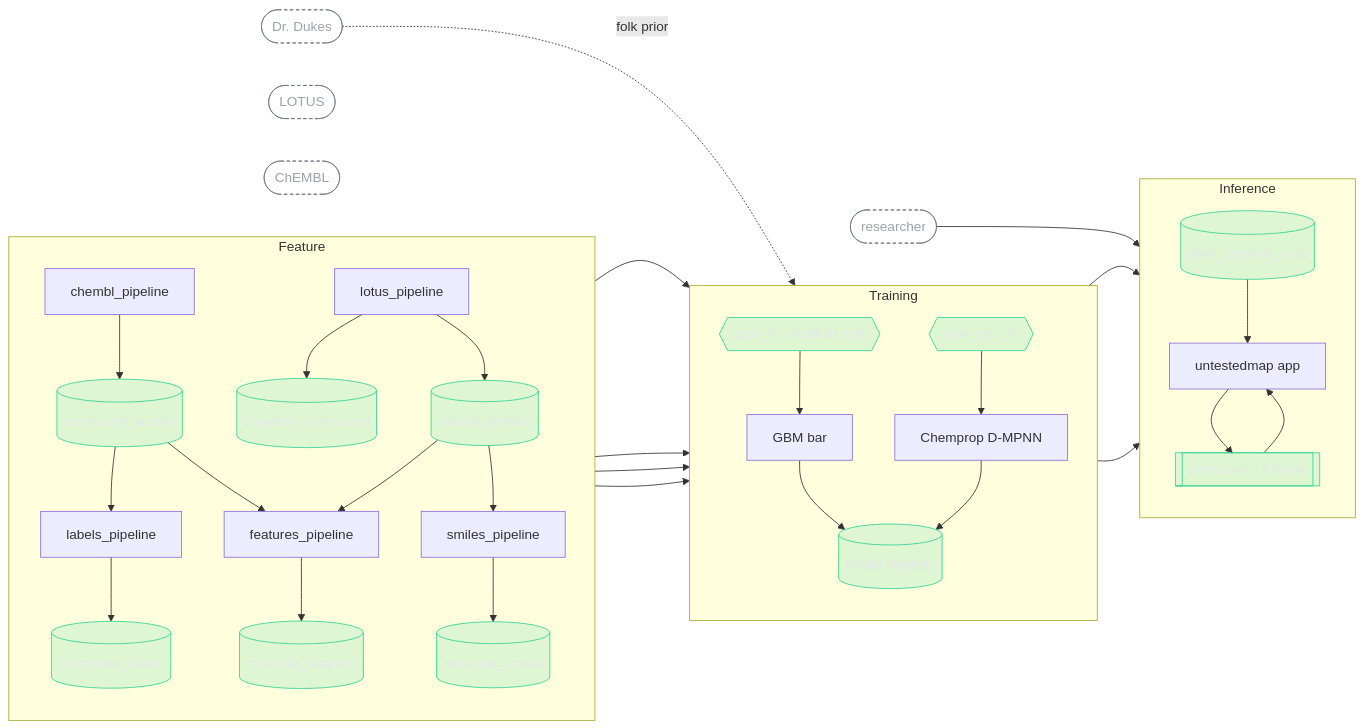
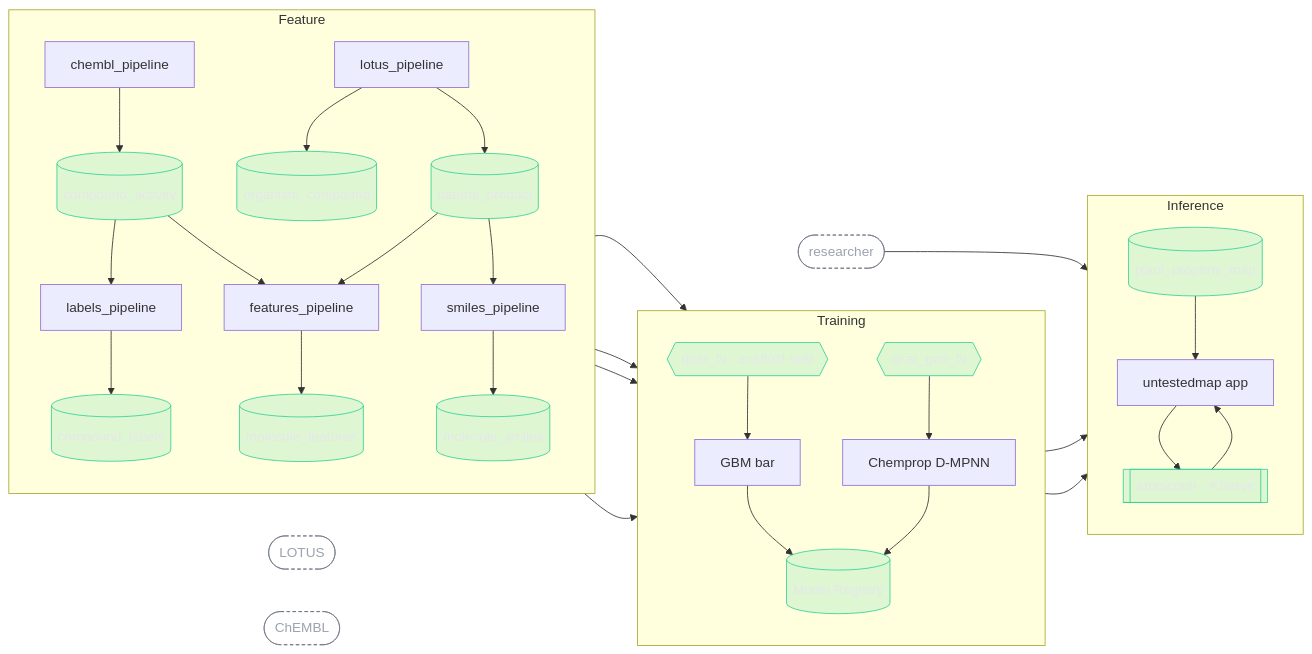
Before and after one commit to MagicLex/the-untested: the diagram in README.md, drawn with Mermaid. The commit also changed other lines of this file and 1 other file, not shown here.

Commit message:
Align reqs + README to as-built
The reqs was the pre-build spec and had drifted from the live system.
Corrected to describe what shipped:

- Panel: the real 11 AMR + 3 cytotox heads (malaria, TB, S.aureus, E.coli,
  P.aeruginosa, E.faecium, Candida, the kinetoplastid parasites, beta-lactamase),
  not the aspirational ESKAPE list that never cleared the density cut.
- FV shape: qsar_fv is compound_labels (wide, root) JOIN molecule_features,
  plus the F2b pivot and F3b smiles-map the spec never mentioned.
- Applicability domain: max-Tanimoto to the training set, not conformal.
- Stage-2 GNN: as-built qsar_gnn_fv / amr_qsar_gnn, gated on the bar.
- Numbers: 227k naturals, Zenodo concept DOI 5794106, 544k links.
- Folk prior (Dr. Duke's, F4): marked parked, removed from the README data
  table and architecture graph since it is not ingested.

````diff
--- a/README.md
+++ b/README.md
@@ -74,40 +74,38 @@
 ```mermaid
 flowchart LR
     lotus([LOTUS]):::ext
     chembl([ChEMBL]):::ext
-    duke([Dr. Dukes]):::ext
 
     subgraph FE[Feature]
         direction TB
         f1[lotus_pipeline] --> np[(natural_product)]:::hops
         f1 --> oc[(organism_compound)]:::hops
         f2[chembl_pipeline] --> ca[(compound_activity)]:::hops
         ca --> f2b[labels_pipeline] --> cl[(compound_labels)]:::hops
         np --> f3[features_pipeline]
         ca --> f3
         f3 --> mf[(molecule_features)]:::hops
         np --> f3b[smiles_pipeline] --> ms[(molecule_smiles)]:::hops
     end
     subgraph TR[Training]
         direction TB
         fv{{qsar_fv · scaffold split}}:::hops --> t1[GBM bar] --> reg[(Model Registry)]:::hops
         gfv{{qsar_gnn_fv}}:::hops --> t2[Chemprop D-MPNN] --> reg
     end
     subgraph INF[Inference]
         direction TB
         map[(plant_property_map)]:::hops
         ep[[amrscorer · KServe]]:::hops --> app[untestedmap app]
     end
 
     cl --> fv
     mf --> fv
     cl --> gfv
     ms --> gfv
     reg --> map --> app
     reg --> ep
-    duke -. folk prior .-> t1
     who([researcher]):::ext --> app --> ep
 
     classDef hops fill:#10b98122,stroke:#34d399,color:#e5e7eb;
     classDef ext fill:none,stroke:#6b7280,color:#9ca3af,stroke-dasharray:4 3;
 ```
````
